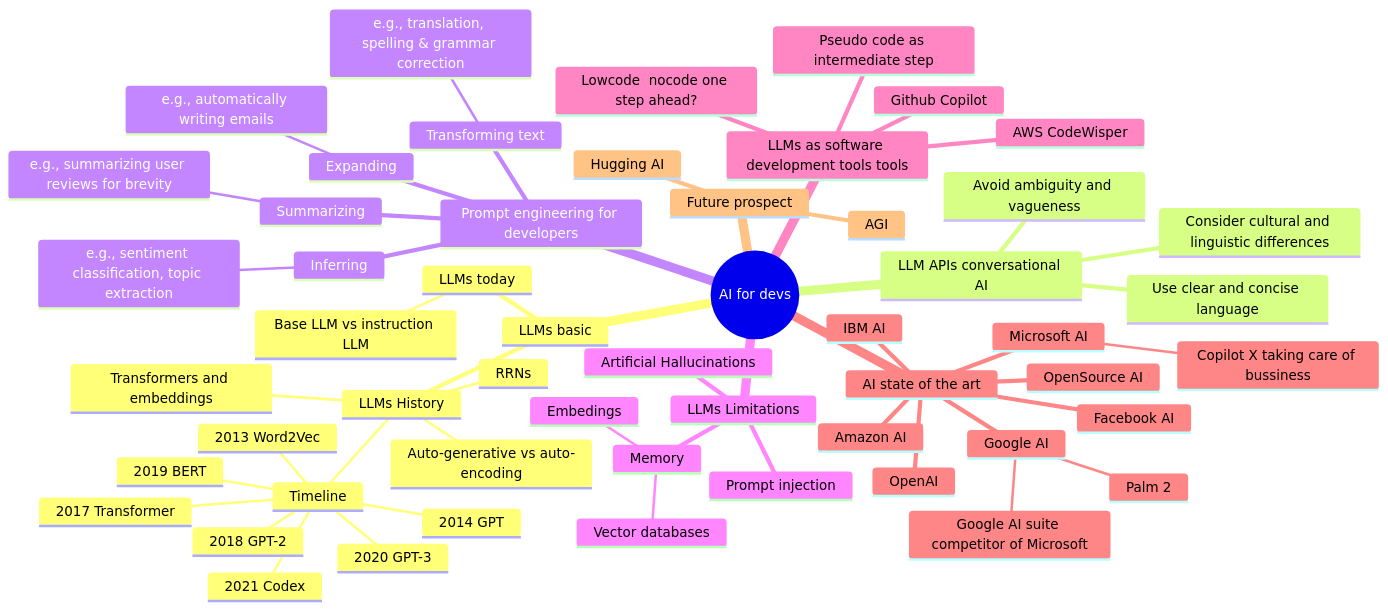
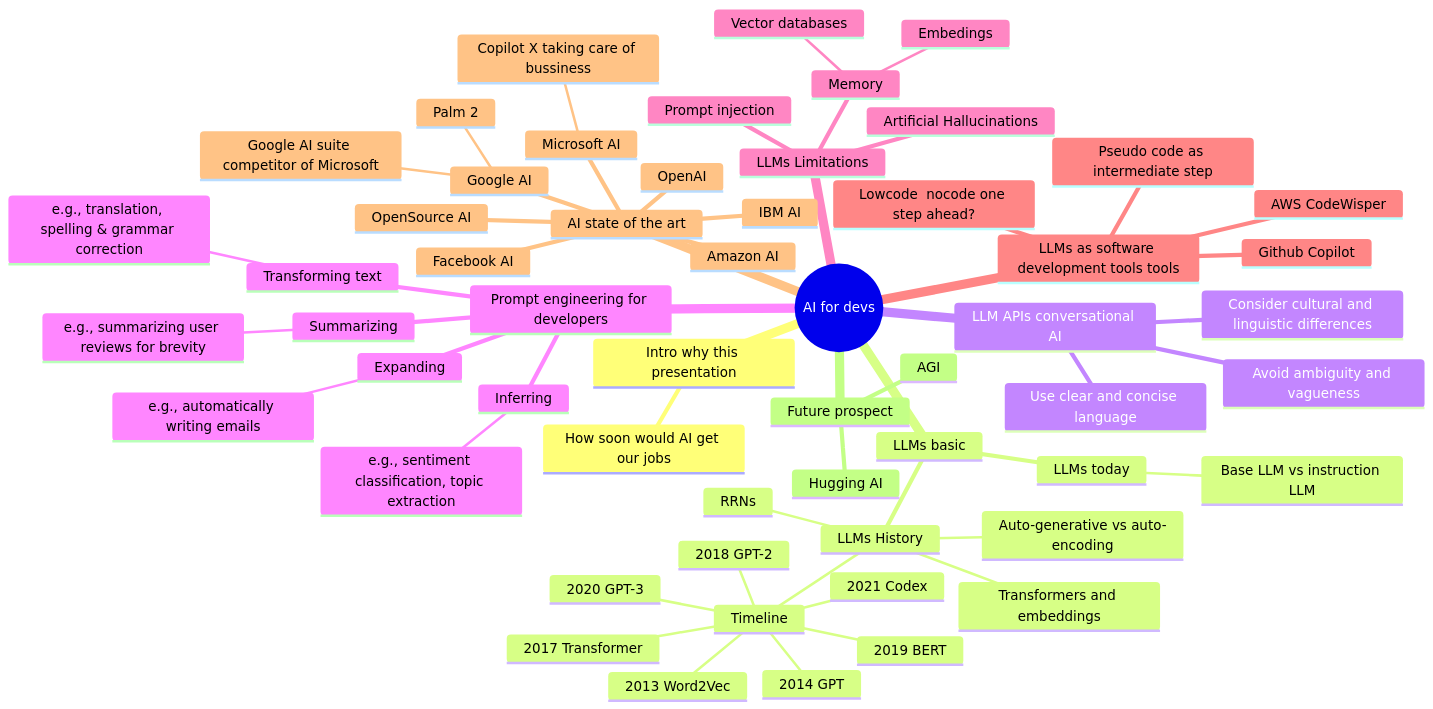
Before and after one commit to adben/prompt-engineering: the diagram in README.md, drawn with Mermaid.

Commit message:
change readme, added intro

````diff
--- a/README.md
+++ b/README.md
@@ -25,64 +25,66 @@
 ```mermaid
 mindmap
   root((AI for devs))
+    Intro why this presentation
+        How soon would AI get our jobs
     LLMs basic
         LLMs History
         ::icon(fa fa-book-open)
             Timeline
                 2013 Word2Vec
                 2014 GPT
                 2017 Transformer
                 2018 GPT-2
                 2019 BERT
                 2020 GPT-3
                 2021 Codex
             RRNs
             Transformers and embeddings
             Auto-generative vs auto-encoding
         LLMs today
             Base LLM vs instruction LLM
     LLM APIs conversational AI
     ::icon(fa fa-book-reader)
         Use clear and concise language
         Avoid ambiguity and vagueness
         Consider cultural and linguistic differences
     Prompt engineering for developers
     ::icon(fa fa-bookmark)
         Summarizing
             e.g., summarizing user reviews for brevity
         Inferring
             e.g., sentiment classification, topic extraction
         Transforming text
             e.g., translation, spelling & grammar correction
         Expanding
             e.g., automatically writing emails
     LLMs Limitations
     ::icon(fa fa-book-reader)
         Artificial Hallucinations
         Memory
             Vector databases
             Embedings
         Prompt injection
     ::icon(fa fa-bookmark-o)
     LLMs as software development tools tools
     ::icon(fa fa-book-dead)
         Github Copilot
         AWS CodeWisper
         Pseudo code as intermediate step
         Lowcode  nocode one step ahead?
     AI state of the art
     ::icon(fa fa-books)
         Google AI
             Palm 2
             Google AI suite competitor of Microsoft
         OpenSource AI
         Facebook AI
         OpenAI
         Microsoft AI
             Copilot X taking care of bussiness
         IBM AI
         Amazon AI
     Future prospect
         Hugging AI
         AGI
 ```
````
